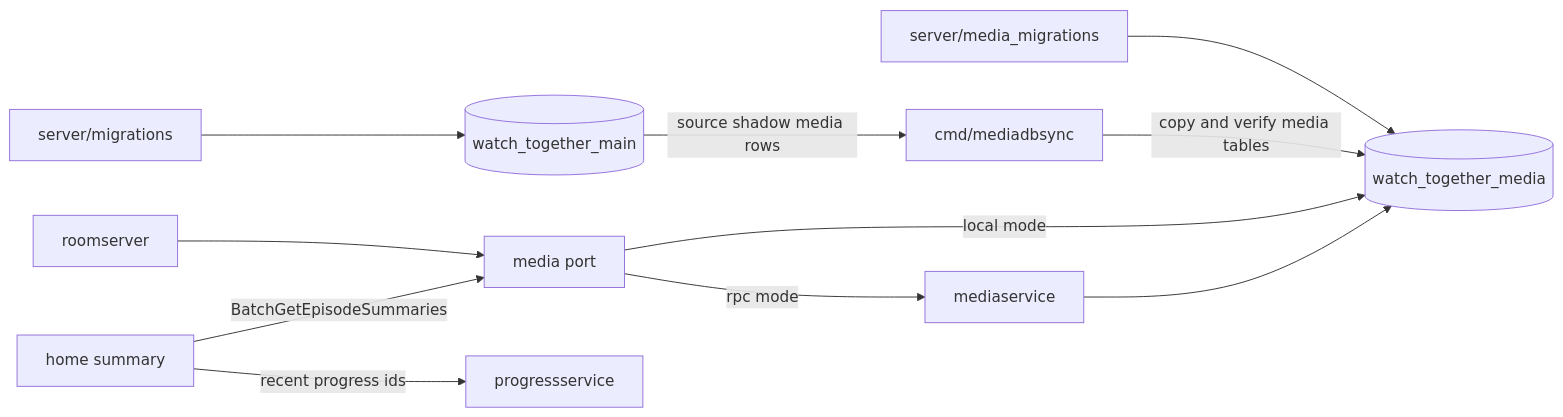
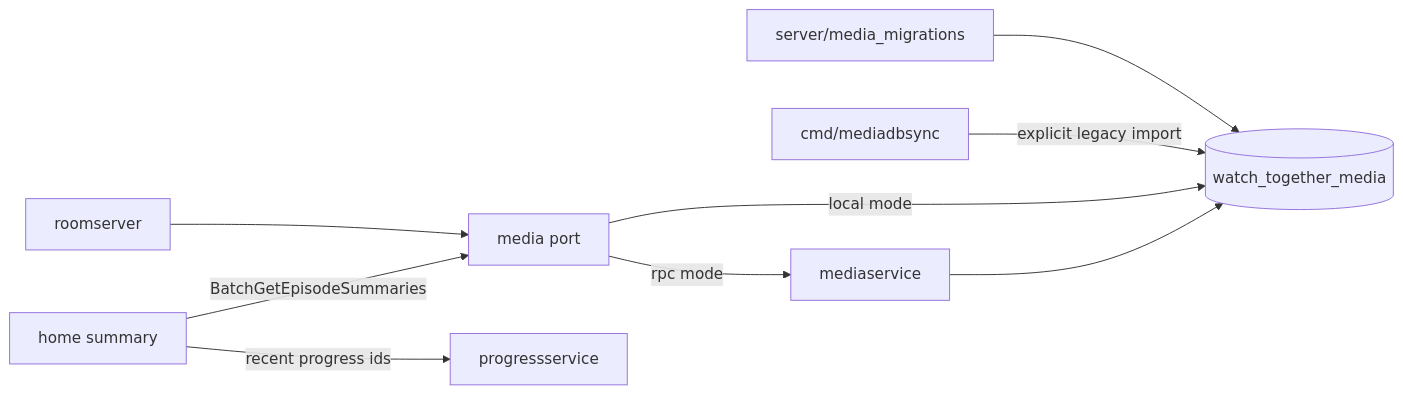
Before and after one commit to sunboyZgz/watch_together: the eighth of 9 diagrams in docs/distributed-architecture.md, drawn with Mermaid. The commit also changed other lines of this file and 61 other files, not shown here.

````diff
--- a/docs/distributed-architecture.md
+++ b/docs/distributed-architecture.md
@@ -516,24 +526,20 @@
 ```mermaid
 flowchart LR
-  MainPG[(watch_together_main)]
   MediaPG[(watch_together_media)]
   MediaMigrations[server/media_migrations]
-  MainMigrations[server/migrations]
   Sync[cmd/mediadbsync]
   Roomserver[roomserver]
   MediaService[mediaservice]
   MediaPort[media port]
   Home[home summary]
   ProgressService[progressservice]
 
-  MainMigrations --> MainPG
   MediaMigrations --> MediaPG
-  Sync -->|copy and verify media tables| MediaPG
-  MainPG -->|source shadow media rows| Sync
+  Sync -->|explicit legacy import| MediaPG
   Roomserver --> MediaPort
   MediaPort -->|local mode| MediaPG
   MediaPort -->|rpc mode| MediaService
   MediaService --> MediaPG
   Home -->|recent progress ids| ProgressService
   Home -->|BatchGetEpisodeSummaries| MediaPort
 ```
````
